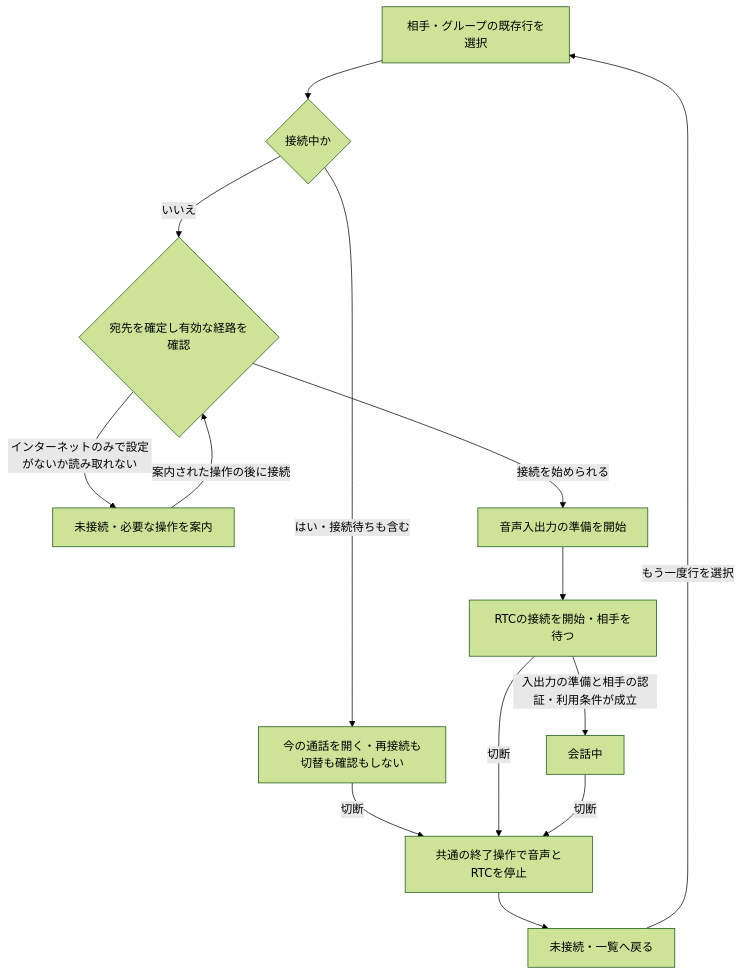
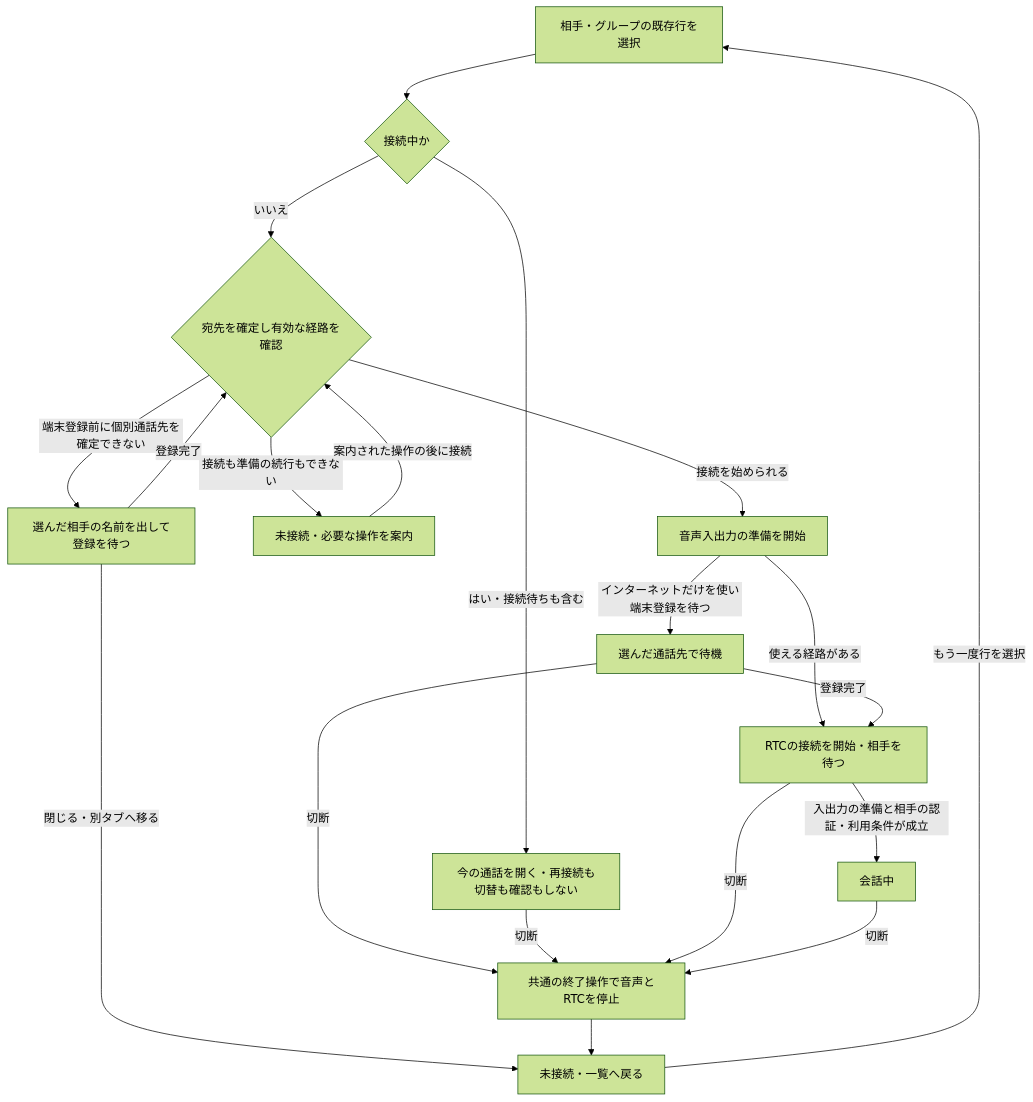
Before and after one commit to eroccowaruico/RideCom: the second of 4 diagrams in docs/spec/App/UI/画面・状態遷移.md, drawn with Mermaid (forest theme). The commit also changed other lines of this file and 2 other files, not shown here.

Commit message:
端末登録を待つ個別発信の閉じる操作を遷移図にそろえる
指示の要約
仕様全体を整理し、通話画面を閉じた後の既存通話と準備中の発信を照合する。

目的
画面を閉じた後に残る通話と、取り消される発信を一連の操作で判断できるようにする。

変更内容
- 通話先が未確定の準備と選択済みの通話の待機を状態図に記載
- 別タブと閉じる操作の区別を既存のCall仕様・両モードのHTML見本と照合
- 文書検査成功、独立評価は進行可、gpt-6.2-astra の監査 clear

Ride-Periodic: コード整理@2580

````diff
--- a/docs/spec/App/UI/画面・状態遷移.md
+++ b/docs/spec/App/UI/画面・状態遷移.md
@@ -48,16 +51,22 @@
 ```mermaid
 flowchart TD
     A[相手・グループの既存行を選択] --> X{接続中か}
     X -->|はい・接続待ちも含む| L[今の通話を開く・再接続も切替も確認もしない]
     X -->|いいえ| P{宛先を確定し有効な経路を確認}
-    P -->|インターネットのみで設定がないか読み取れない| E[未接続・必要な操作を案内]
+    P -->|端末登録前に個別通話先を確定できない| R[選んだ相手の名前を出して登録を待つ]
+    R -->|登録完了| P
+    R -->|閉じる・別タブへ移る| B
+    P -->|接続も準備の続行もできない| E[未接続・必要な操作を案内]
     P -->|接続を始められる| C[音声入出力の準備を開始]
-    C --> D[RTCの接続を開始・相手を待つ]
+    C -->|使える経路がある| D[RTCの接続を開始・相手を待つ]
+    C -->|インターネットだけを使い端末登録を待つ| Q[選んだ通話先で待機]
+    Q -->|登録完了| D
+    Q -->|切断| H
     D -->|入出力の準備と相手の認証・利用条件が成立| G[会話中]
     L -->|切断| H[共通の終了操作で音声とRTCを停止]
     D -->|切断| H
     G -->|切断| H
     H --> B[未接続・一覧へ戻る]
     B -->|もう一度行を選択| A
     E -->|案内された操作の後に接続| P
 ```
````
